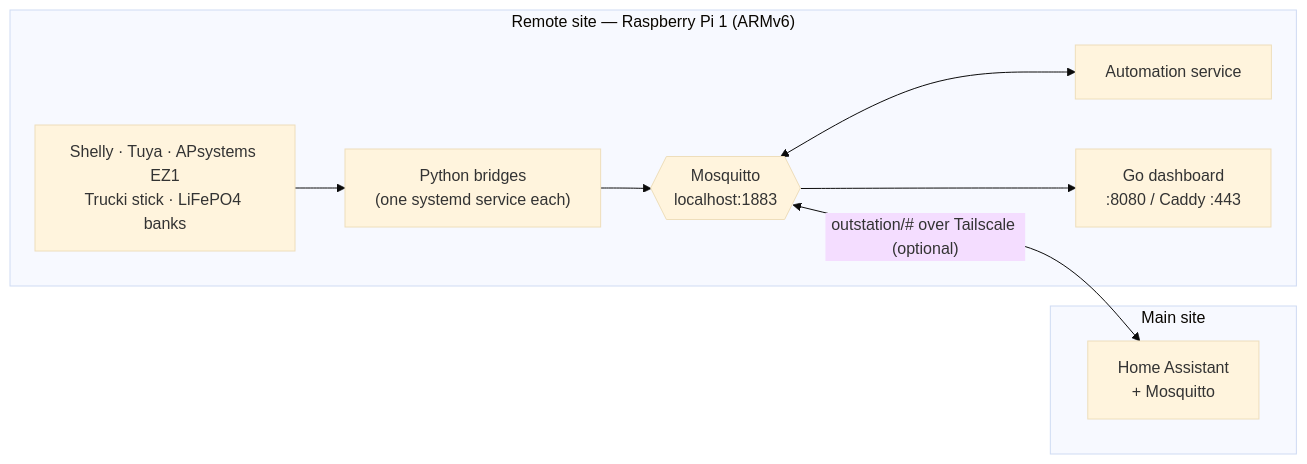
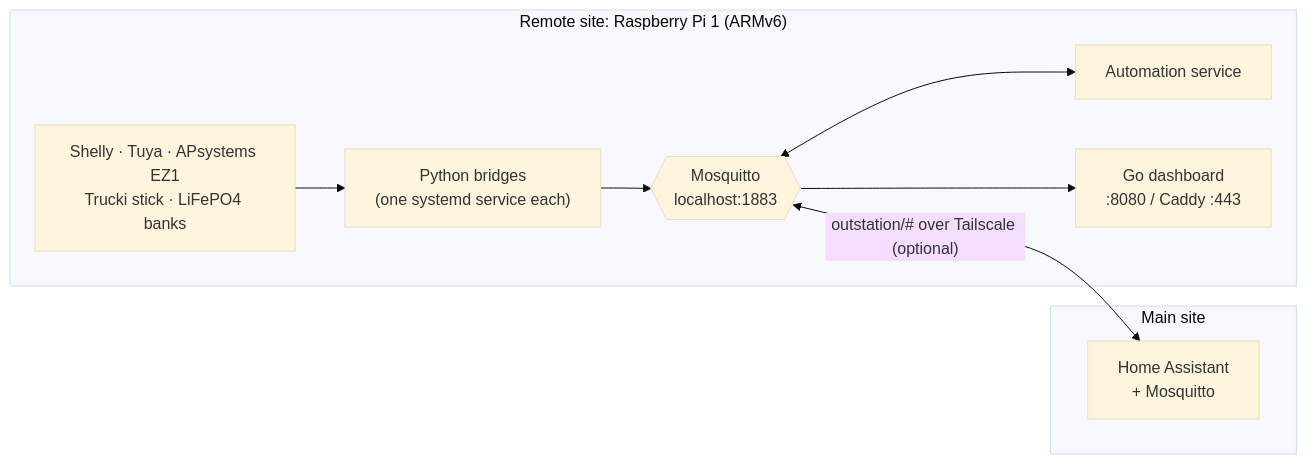
The diagram in README.md (Developer-Simon/energy-node), drawn with Mermaid (base theme) before and after one commit. The commit also changed other lines of this file and 2 other files, not shown here.

````diff
--- a/README.md
+++ b/README.md
@@ -91,19 +94,19 @@
 ```mermaid
 flowchart LR
-    subgraph Remote["Remote site — Raspberry Pi 1 (ARMv6)"]
+    subgraph Remote["Remote site: Raspberry Pi 1 (ARMv6)"]
         DEV["Shelly · Tuya · APsystems EZ1<br/>Trucki stick · LiFePO4 banks"]
         BR["Python bridges<br/>(one systemd service each)"]
         MQ{{"Mosquitto<br/>localhost:1883"}}
         AUT["Automation service"]
         DASH["Go dashboard<br/>:8080 / Caddy :443"]
         DEV --> BR --> MQ
         MQ <--> AUT
         MQ --> DASH
     end
 
     MQ <-->|"outstation/# over Tailscale (optional)"| HA
 
     subgraph Main["Main site"]
         HA["Home Assistant<br/>+ Mosquitto"]
     end
 ```
````
